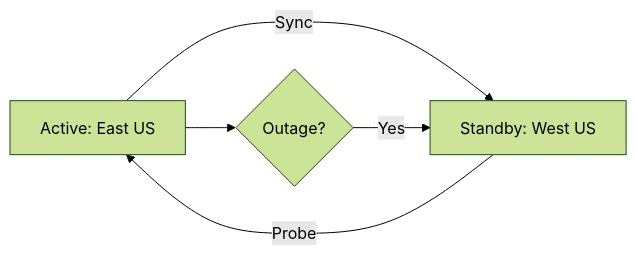
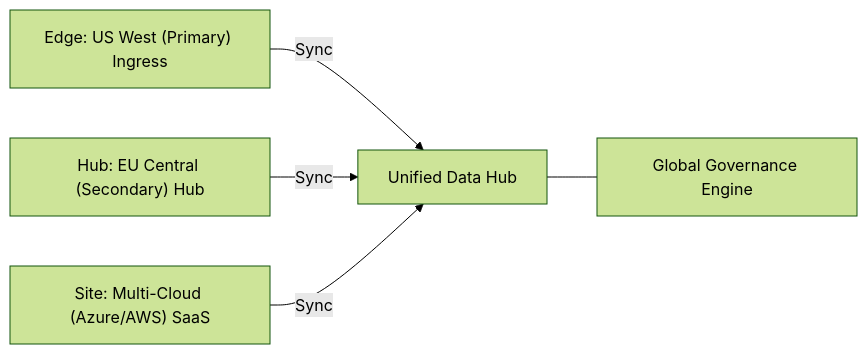
One commit to Devopstrio/data-catalog-benchmark changed the third of 11 diagrams in README.md. Above: the diagram before and after it, drawn with Mermaid (forest theme). The commit also changed other lines of this file, not shown here.

````diff
--- a/README.md
+++ b/README.md
@@ -154,7 +119,7 @@
 ```mermaid
 graph LR
-    Primary[Active: East US] -->|Sync| Secondary[Standby: West US]
-    Secondary -->|Probe| Primary
-    Primary --> Alert{Outage?}
-    Alert -->|Yes| Secondary
+    RegionA["Edge: US West (Primary) Ingress"] -->|Sync| Hub["Unified Data Hub"]
+    BU["Hub: EU Central (Secondary) Hub"] -->|Sync| Hub
+    Cloud["Site: Multi-Cloud (Azure/AWS) SaaS"] -->|Sync| Hub
+    Hub --- Logic["Global Governance Engine"]
 ```
````
